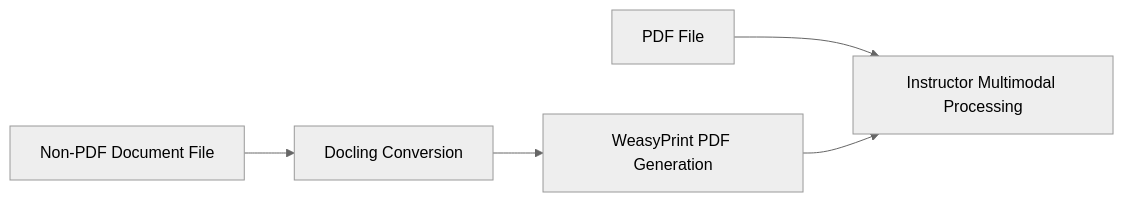
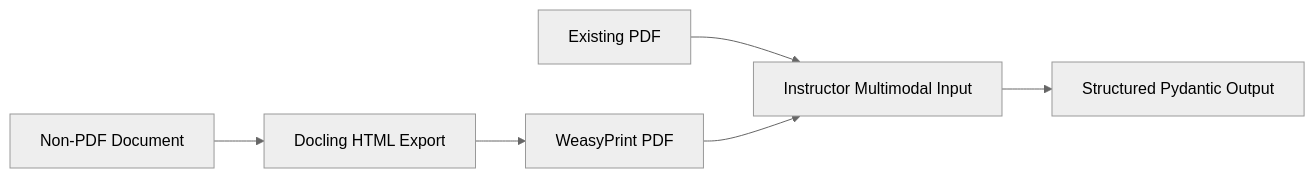
Before and after one commit to Blacksuan19/structx: the diagram in docs/guides/unstructured-text.md, drawn with Mermaid (neutral theme). The commit also changed other lines of this file and 19 other files, not shown here.

````diff
--- a/docs/guides/unstructured-text.md
+++ b/docs/guides/unstructured-text.md
@@ -239,7 +21,8 @@
 ```mermaid
 graph LR
-    A[PDF File] --> E[Instructor Multimodal Processing]
-    B[Non-PDF Document File] --> C[Docling Conversion]
-    C --> D[WeasyPrint PDF Generation]
-    D --> E
+    A[Existing PDF] --> D[Instructor Multimodal Input]
+    B[Non-PDF Document] --> C[Docling HTML Export]
+    C --> E[WeasyPrint PDF]
+    E --> D
+    D --> F[Structured Pydantic Output]
 ```
````
